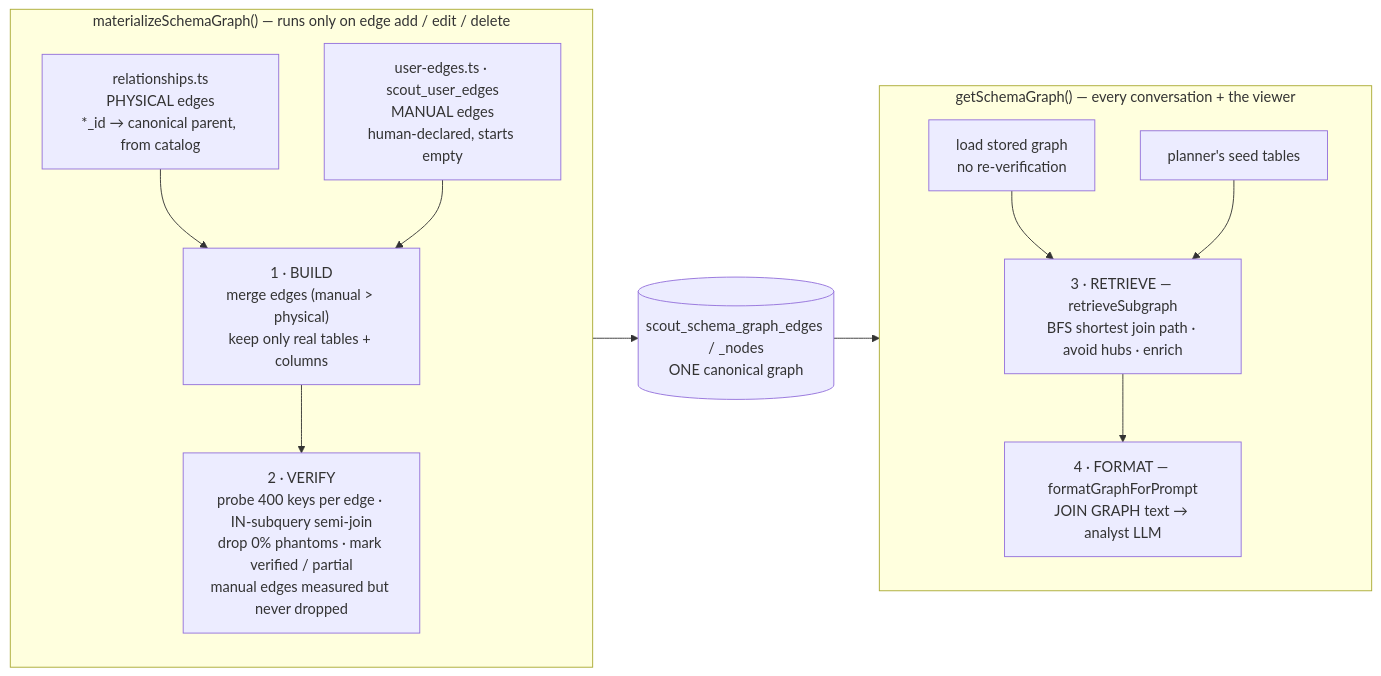
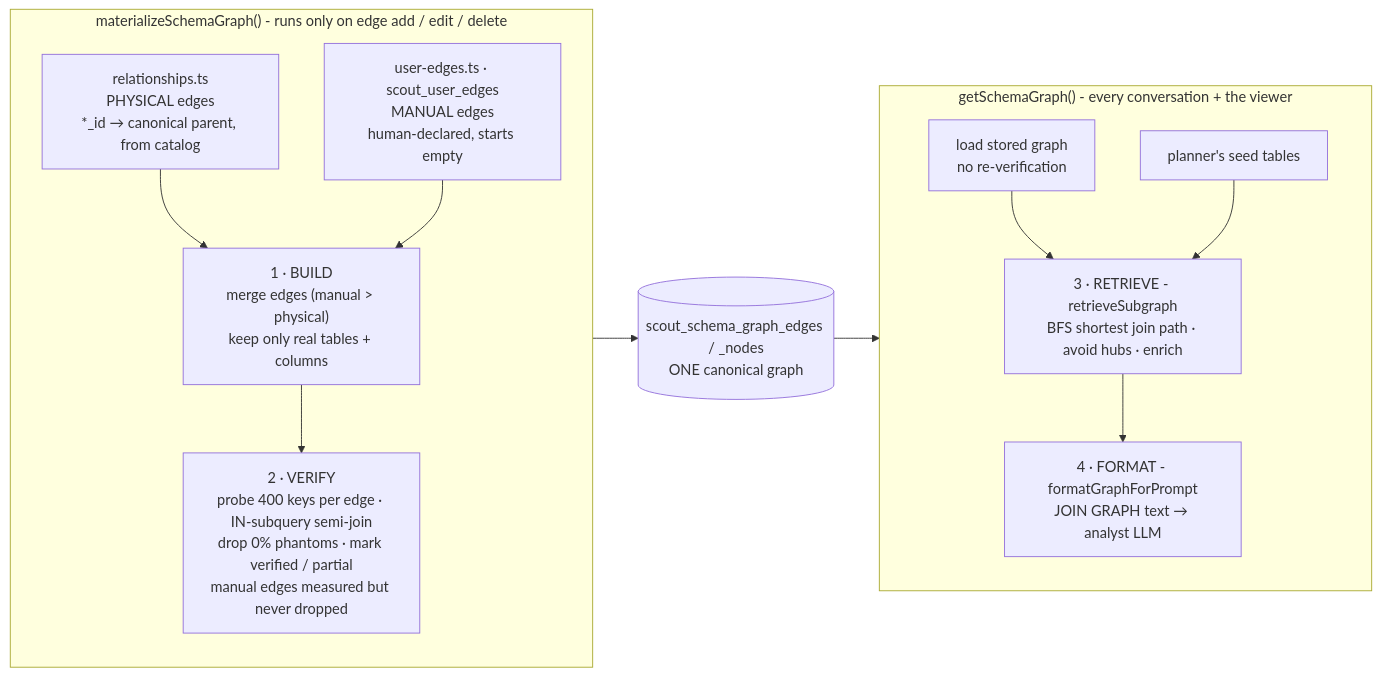
One commit to Arav-Arun/Scout changed the third of 3 diagrams in README.md. Above: the diagram before and after it, drawn with Mermaid. The commit also changed other lines of this file and 28 other files, not shown here.

````diff
--- a/README.md
+++ b/README.md
@@ -179,24 +279,24 @@
 ```mermaid
 flowchart LR
-  subgraph WRITE["materializeSchemaGraph() — runs only on edge add / edit / delete"]
+  subgraph WRITE["materializeSchemaGraph() - runs only on edge add / edit / delete"]
     direction TB
     INF["relationships.ts<br/>PHYSICAL edges<br/>*_id → canonical parent, from catalog"]
     MAN["user-edges.ts · scout_user_edges<br/>MANUAL edges<br/>human-declared, starts empty"]
     INF --> B
     MAN --> B
     B["1 · BUILD<br/>merge edges (manual > physical)<br/>keep only real tables + columns"] --> V
     V["2 · VERIFY<br/>probe 400 keys per edge · IN-subquery semi-join<br/>drop 0% phantoms · mark verified / partial<br/>manual edges measured but never dropped"]
   end
 
   V --> STORE[("scout_schema_graph_edges / _nodes<br/>ONE canonical graph")]
 
-  subgraph READ["getSchemaGraph() — every conversation + the viewer"]
+  subgraph READ["getSchemaGraph() - every conversation + the viewer"]
     direction TB
     LOAD["load stored graph<br/>no re-verification"] --> RET
     SEEDS["planner's seed tables"] --> RET
-    RET["3 · RETRIEVE — retrieveSubgraph<br/>BFS shortest join path · avoid hubs · enrich"] --> FMT
-    FMT["4 · FORMAT — formatGraphForPrompt<br/>JOIN GRAPH text → analyst LLM"]
+    RET["3 · RETRIEVE - retrieveSubgraph<br/>BFS shortest join path · avoid hubs · enrich"] --> FMT
+    FMT["4 · FORMAT - formatGraphForPrompt<br/>JOIN GRAPH text → analyst LLM"]
   end
 
   STORE --> LOAD
 ```
````
